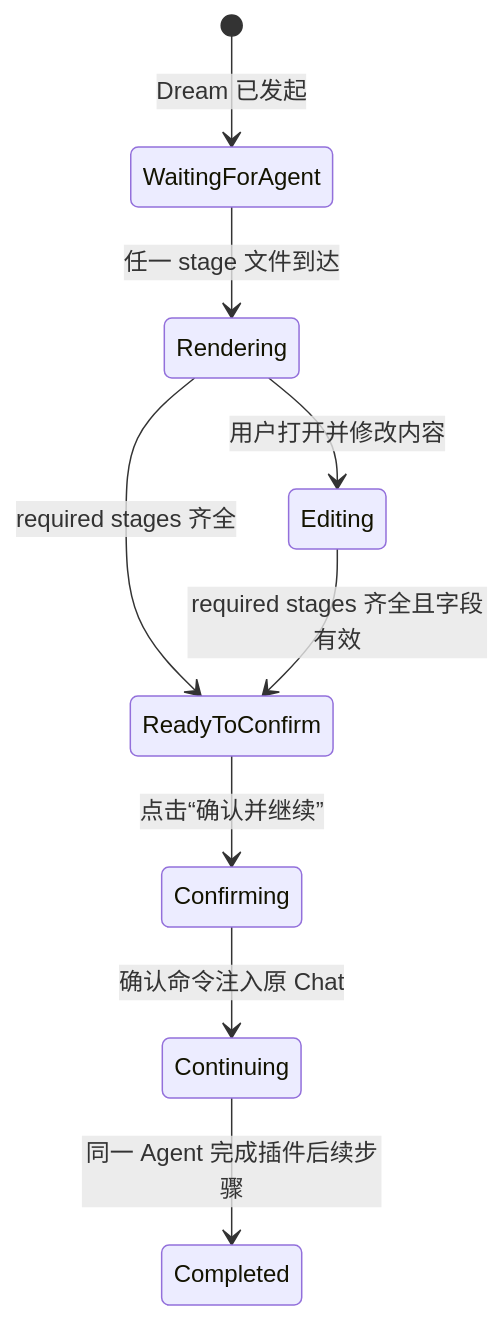
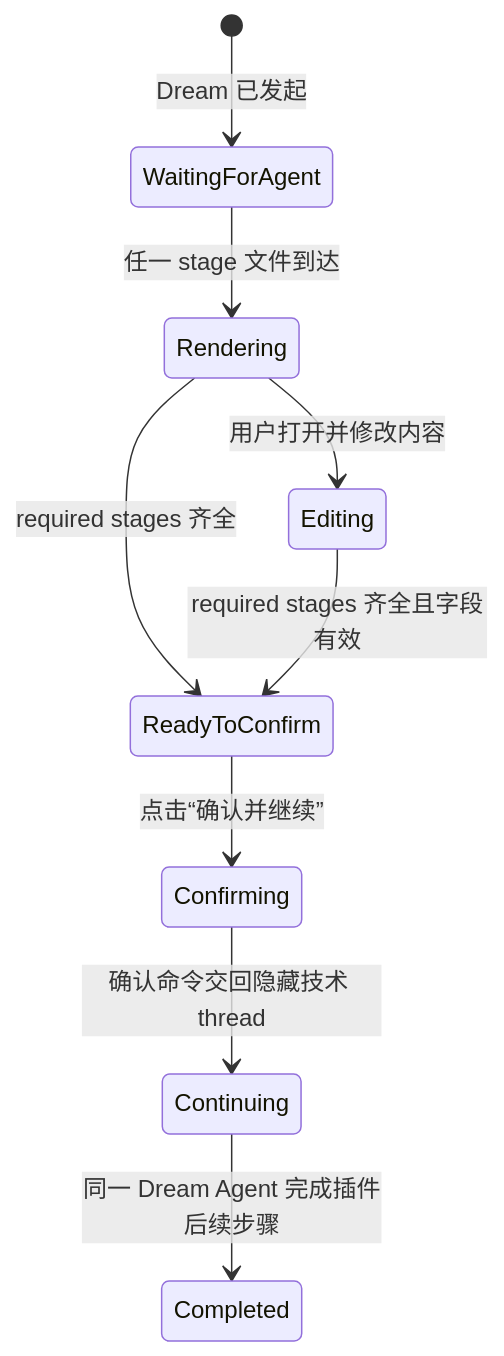
Before and after one commit to glide-the/im-dream: the first of 3 diagrams in docs/design/story-workspace/story-workspace-layout-design.md, drawn with Mermaid. The commit also changed other lines of this file and 3 other files, not shown here.

````diff
--- a/docs/design/story-workspace/story-workspace-layout-design.md
+++ b/docs/design/story-workspace/story-workspace-layout-design.md
@@ -266,11 +266,11 @@
 ```mermaid
 stateDiagram-v2
     [*] --> WaitingForAgent: Dream 已发起
     WaitingForAgent --> Rendering: 任一 stage 文件到达
     Rendering --> Editing: 用户打开并修改内容
     Rendering --> ReadyToConfirm: required stages 齐全
     Editing --> ReadyToConfirm: required stages 齐全且字段有效
     ReadyToConfirm --> Confirming: 点击“确认并继续”
-    Confirming --> Continuing: 确认命令注入原 Chat
-    Continuing --> Completed: 同一 Agent 完成插件后续步骤
+    Confirming --> Continuing: 确认命令交回隐藏技术 thread
+    Continuing --> Completed: 同一 Dream Agent 完成插件后续步骤
 ```
````
